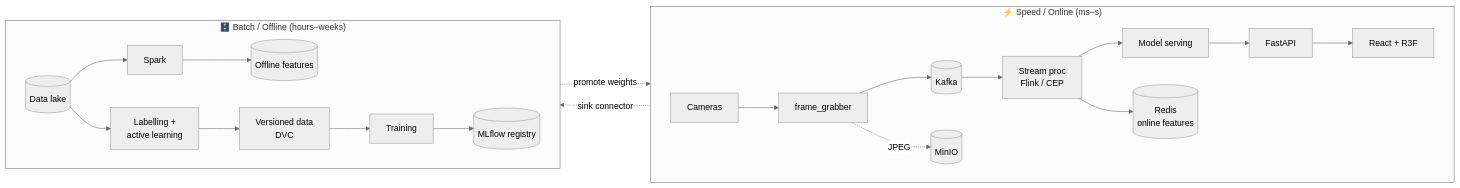
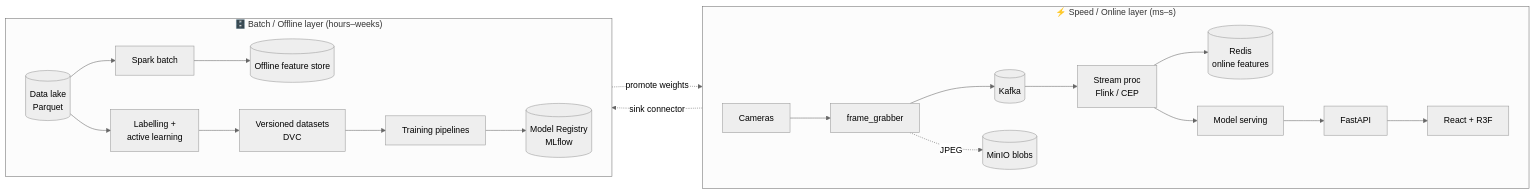
Before and after one commit to Ayalem/logivision_v2: the first of 3 diagrams in ONBOARDING.md, drawn with Mermaid (neutral theme). The commit also changed other lines of this file, not shown here.

Commit message:
docs: fold the complete architecture into ONBOARDING.md (nothing dropped)

````diff
--- a/ONBOARDING.md
+++ b/ONBOARDING.md
@@ -341,17 +360,25 @@
 ```mermaid
 flowchart LR
-  subgraph SPEED["⚡ Speed / Online (ms–s)"]
+  subgraph SPEED["⚡ Speed / Online layer (ms–s)"]
     direction LR
-    CAM[Cameras] --> FG[frame_grabber] --> K[(Kafka)]
-    FG -. JPEG .-> OBJ[(MinIO)]
-    K --> SP[Stream proc<br/>Flink / CEP] --> SRV[Model serving] --> API[FastAPI] --> UI[React + R3F]
+    CAM[Cameras] --> FG[frame_grabber]
+    FG --> K[(Kafka)]
+    FG -. JPEG .-> OBJ[(MinIO blobs)]
+    K --> SP[Stream proc<br/>Flink / CEP]
     SP --> RED[(Redis<br/>online features)]
+    SP --> SRV[Model serving]
+    SRV --> API[FastAPI]
+    API --> UI[React + R3F]
   end
-  subgraph BATCH["🗄️ Batch / Offline (hours–weeks)"]
+  subgraph BATCH["🗄️ Batch / Offline layer (hours–weeks)"]
     direction LR
-    LAKE[(Data lake)] --> SPARK[Spark] --> OFF[(Offline features)]
-    LAKE --> LBL[Labelling +<br/>active learning] --> DS[Versioned data<br/>DVC] --> TRN[Training] --> REG[(MLflow registry)]
+    LAKE[(Data lake<br/>Parquet)] --> SPARK[Spark batch]
+    SPARK --> OFF[(Offline feature store)]
+    LAKE --> LBL[Labelling +<br/>active learning]
+    LBL --> DS[Versioned datasets<br/>DVC]
+    DS --> TRN[Training pipelines]
+    TRN --> REG[(Model Registry<br/>MLflow)]
   end
   K -. sink connector .-> LAKE
   REG -. promote weights .-> SRV
 ```
````
